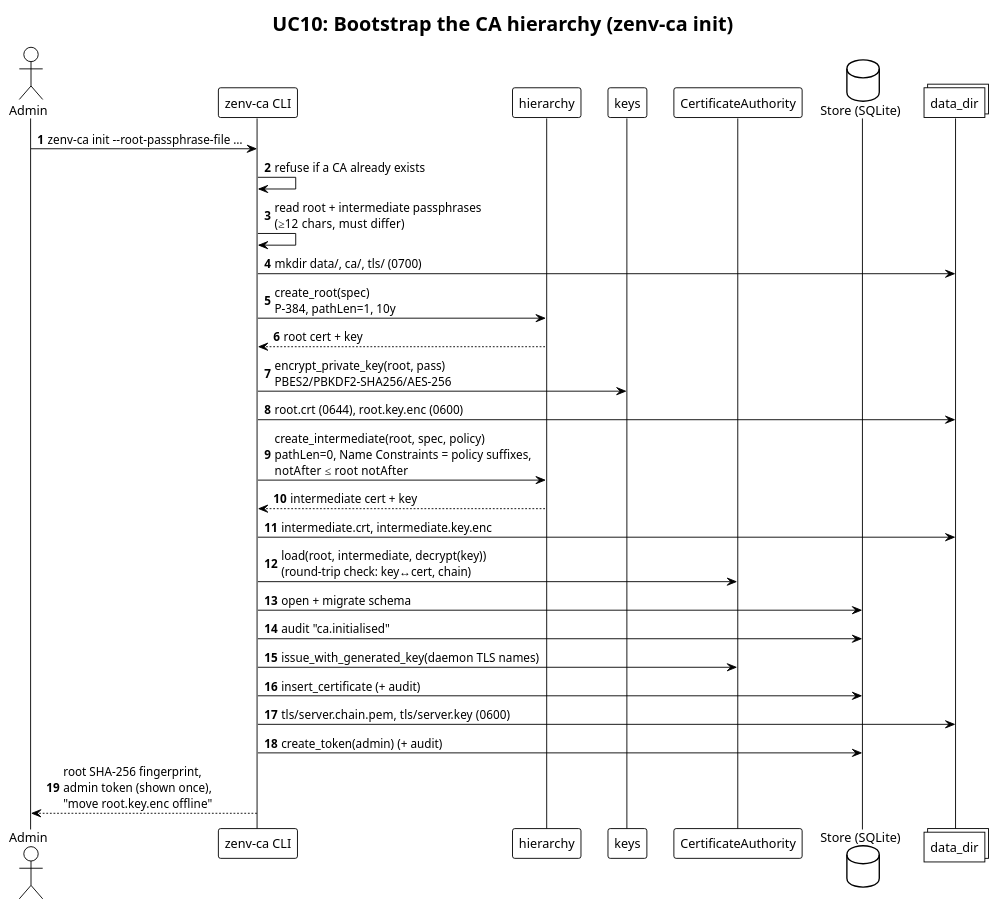
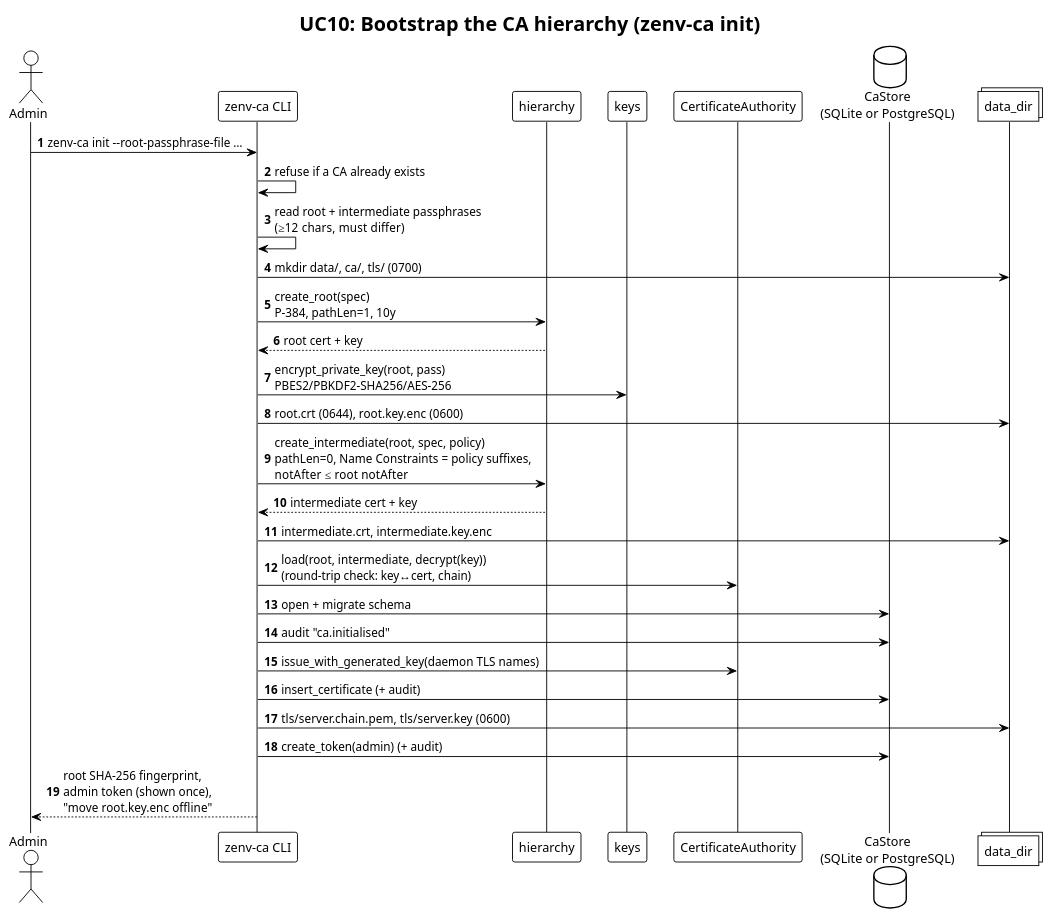
One commit to d-subrahmanyam/zenv-cert-authority changed the diagram in docs/uml/05-seq-bootstrap.puml. Above: the diagram before and after it, drawn with PlantUML. The commit also changed 52 other files, not shown here.

First line of the commit message:
Make storage pluggable (SQLite + PostgreSQL) and add per-crate READMEs

```diff
--- a/docs/uml/05-seq-bootstrap.puml
+++ b/docs/uml/05-seq-bootstrap.puml
@@ -1,33 +1,33 @@
 @startuml seq-bootstrap
 !theme plain
 title UC10: Bootstrap the CA hierarchy (zenv-ca init)
 autonumber
 
 actor Admin
 participant "zenv-ca CLI" as CLI
 participant "hierarchy" as H
 participant "keys" as K
 participant "CertificateAuthority" as CA
-database "Store (SQLite)" as DB
+database "CaStore\n(SQLite or PostgreSQL)" as DB
 collections "data_dir" as FS
 
 Admin -> CLI : zenv-ca init --root-passphrase-file …
 CLI -> CLI : refuse if a CA already exists
 CLI -> CLI : read root + intermediate passphrases\n(≥12 chars, must differ)
 CLI -> FS : mkdir data/, ca/, tls/ (0700)
 CLI -> H : create_root(spec)\nP-384, pathLen=1, 10y
 H --> CLI : root cert + key
 CLI -> K : encrypt_private_key(root, pass)\nPBES2/PBKDF2-SHA256/AES-256
 CLI -> FS : root.crt (0644), root.key.enc (0600)
 CLI -> H : create_intermediate(root, spec, policy)\npathLen=0, Name Constraints = policy suffixes,\nnotAfter ≤ root notAfter
 H --> CLI : intermediate cert + key
 CLI -> FS : intermediate.crt, intermediate.key.enc
 CLI -> CA : load(root, intermediate, decrypt(key))\n(round-trip check: key↔cert, chain)
 CLI -> DB : open + migrate schema
 CLI -> DB : audit "ca.initialised"
 CLI -> CA : issue_with_generated_key(daemon TLS names)
 CLI -> DB : insert_certificate (+ audit)
 CLI -> FS : tls/server.chain.pem, tls/server.key (0600)
 CLI -> DB : create_token(admin) (+ audit)
 CLI --> Admin : root SHA-256 fingerprint,\nadmin token (shown once),\n"move root.key.enc offline"
 @enduml
```
